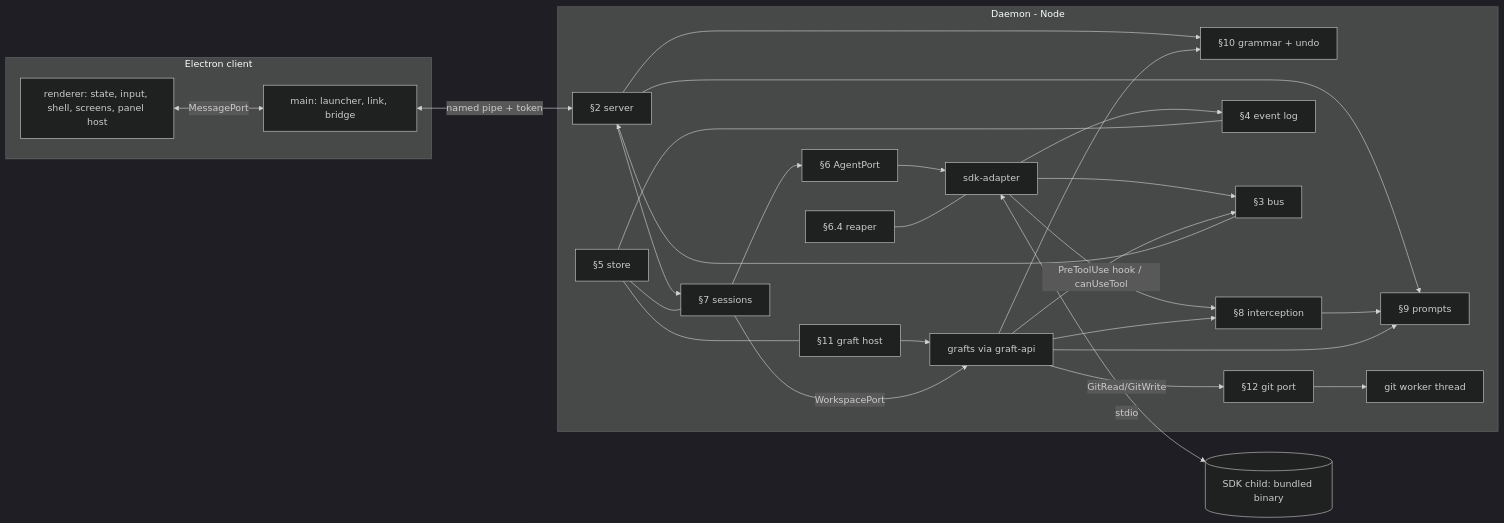
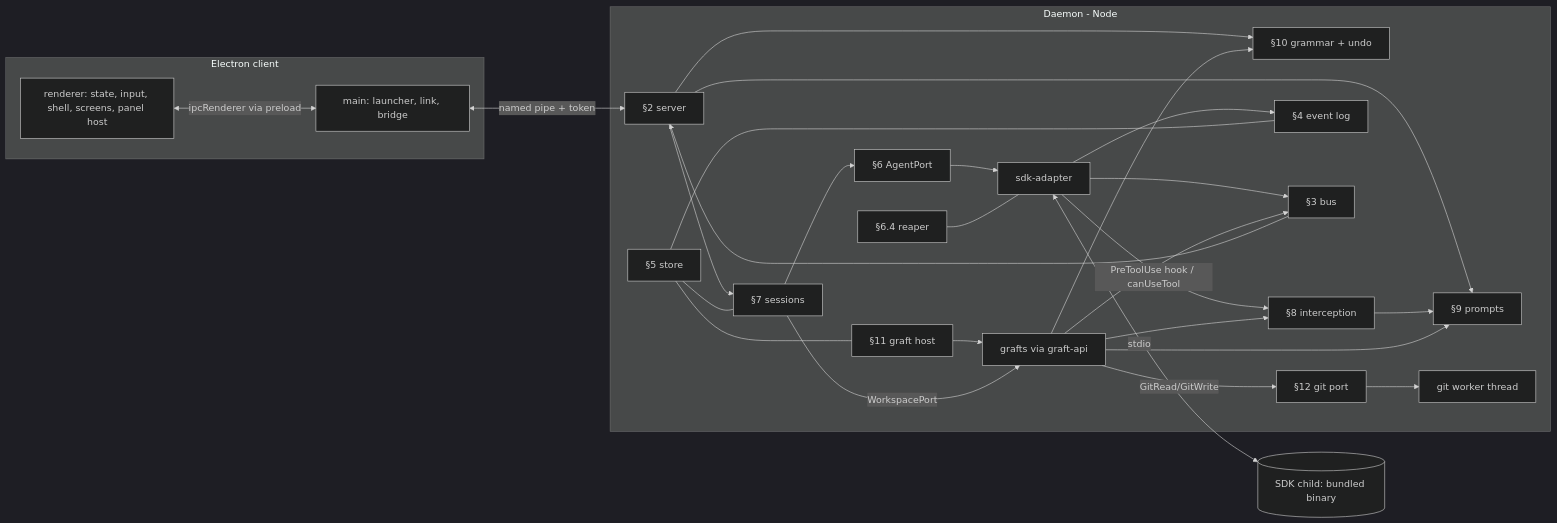
The first of 5 diagrams in docs/LLD.md (AbrahamLinksus/claude-craft), drawn with Mermaid (dark theme) before and after one commit. The commit also changed other lines of this file and 3 other files, not shown here.

````diff
--- a/docs/LLD.md
+++ b/docs/LLD.md
@@ -116,22 +116,22 @@
 ```mermaid
 flowchart LR
   subgraph Client[Electron client]
-    R[renderer: state, input, shell, screens, panel host] <-->|MessagePort| M[main: launcher, link, bridge]
+    R[renderer: state, input, shell, screens, panel host] <-->|ipcRenderer via preload| M[main: launcher, link, bridge]
   end
   subgraph Daemon[Daemon - Node]
     SRV[§2 server] --> GR[§10 grammar + undo] & PQ[§9 prompts] & SH[§7 sessions]
     SH --> AP[§6 AgentPort] --> AD[sdk-adapter]
     AD -->|PreToolUse hook / canUseTool| IC[§8 interception]
     IC --> PQ
     AD --> EL[§4 event log] & BUS[§3 bus]
     BUS --> SRV
     GH[§11 graft host] --> GRAFTS[grafts via graft-api]
     GRAFTS --> IC & BUS & PQ & GR
     GRAFTS -->|GitRead/GitWrite| GIT[§12 git port] --> GW[git worker thread]
     SH -->|WorkspacePort| GRAFTS
     ST[§5 store] --- SH & GH & EL
     RP[§6.4 reaper] --- AD
   end
   M <-->|named pipe + token| SRV
   AD <-->|stdio| SDK[(SDK child: bundled binary)]
 ```
````
